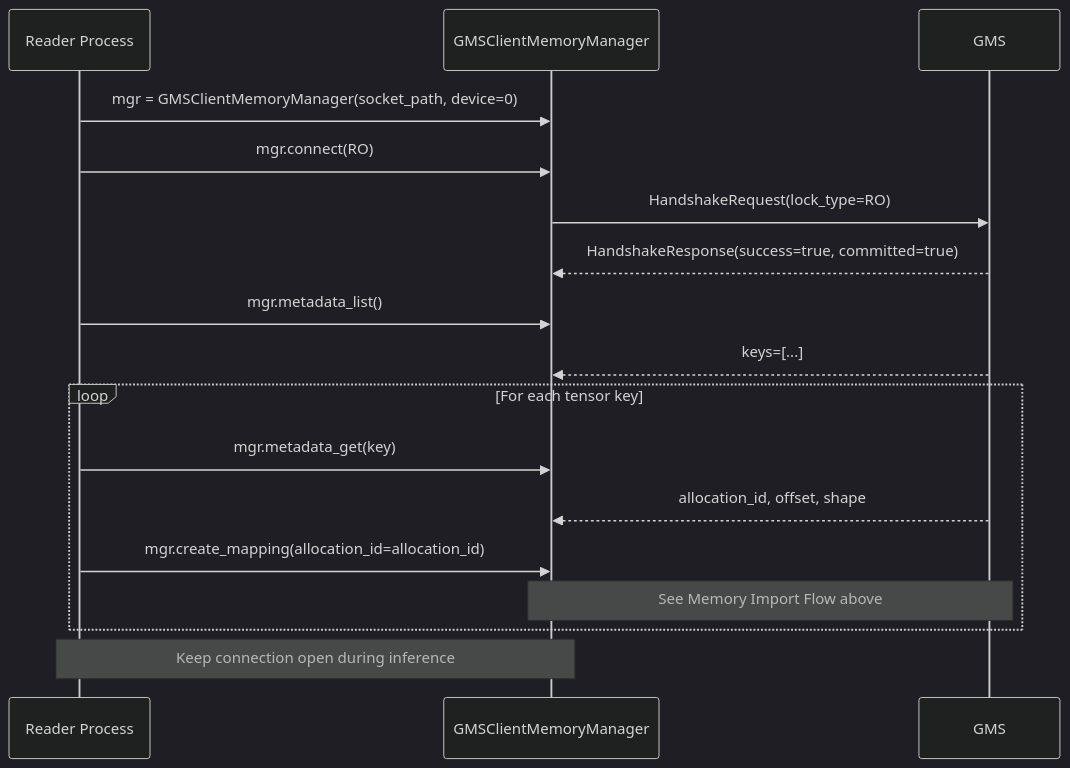
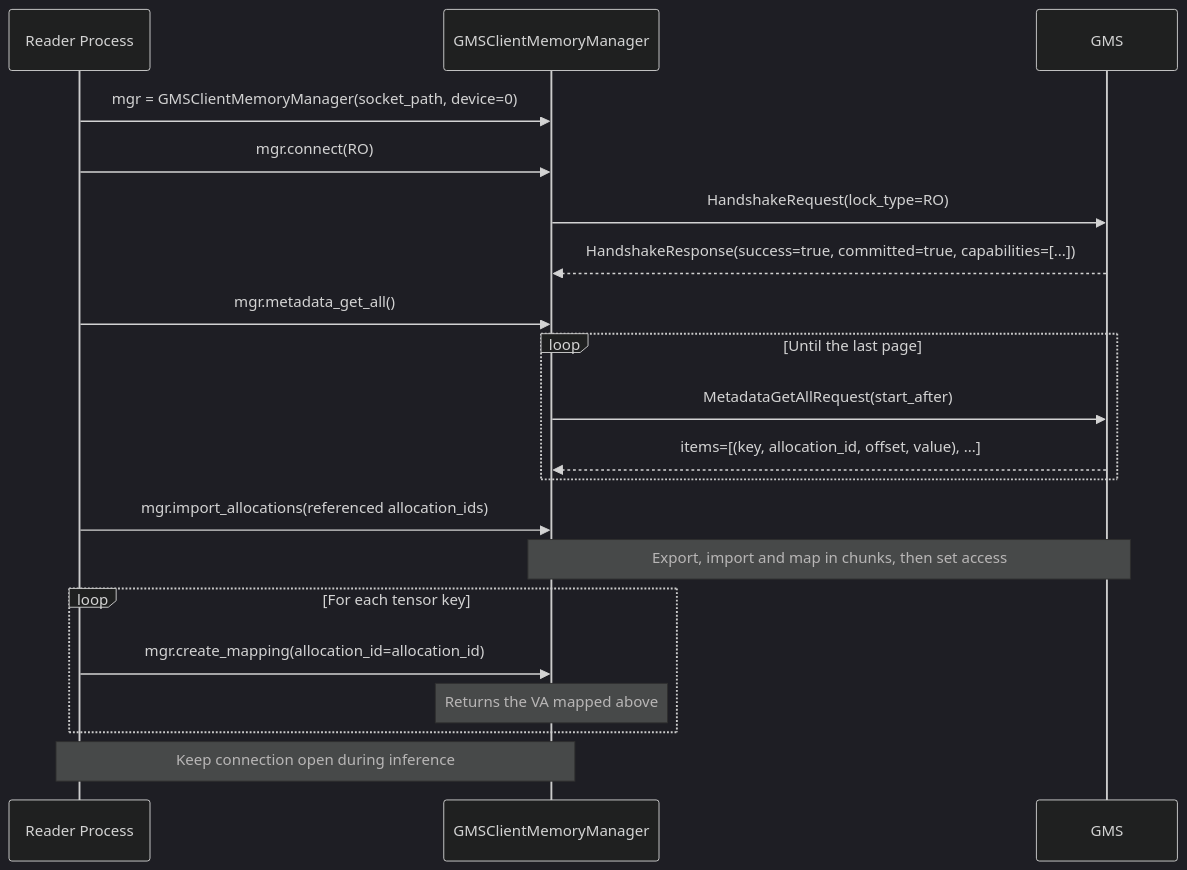
One commit to ai-dynamo/dynamo changed the sixth of 8 diagrams in lib/gpu_memory_service/README.md. Above: the diagram before and after it, drawn with Mermaid (dark theme). The commit also changed other lines of this file, not shown here.

First line of the commit message:
docs(gms): document batched metadata reads and bulk import

````diff
--- a/lib/gpu_memory_service/README.md
+++ b/lib/gpu_memory_service/README.md
@@ -295,23 +295,27 @@
 ```mermaid
 sequenceDiagram
     participant R as Reader Process
     participant C as GMSClientMemoryManager
     participant S as GMS
 
     R->>C: mgr = GMSClientMemoryManager(socket_path, device=0)
     R->>C: mgr.connect(RO)
     C->>S: HandshakeRequest(lock_type=RO)
-    S-->>C: HandshakeResponse(success=true, committed=true)
+    S-->>C: HandshakeResponse(success=true, committed=true, capabilities=[...])
 
-    R->>C: mgr.metadata_list()
-    S-->>C: keys=[...]
+    R->>C: mgr.metadata_get_all()
+    loop Until the last page
+        C->>S: MetadataGetAllRequest(start_after)
+        S-->>C: items=[(key, allocation_id, offset, value), ...]
+    end
+
+    R->>C: mgr.import_allocations(referenced allocation_ids)
+    Note over C,S: Export, import and map in chunks, then set access
 
     loop For each tensor key
-        R->>C: mgr.metadata_get(key)
-        S-->>C: allocation_id, offset, shape
         R->>C: mgr.create_mapping(allocation_id=allocation_id)
-        Note over C,S: See Memory Import Flow above
+        Note over C: Returns the VA mapped above
     end
 
     Note over R,C: Keep connection open during inference
 ```
````
